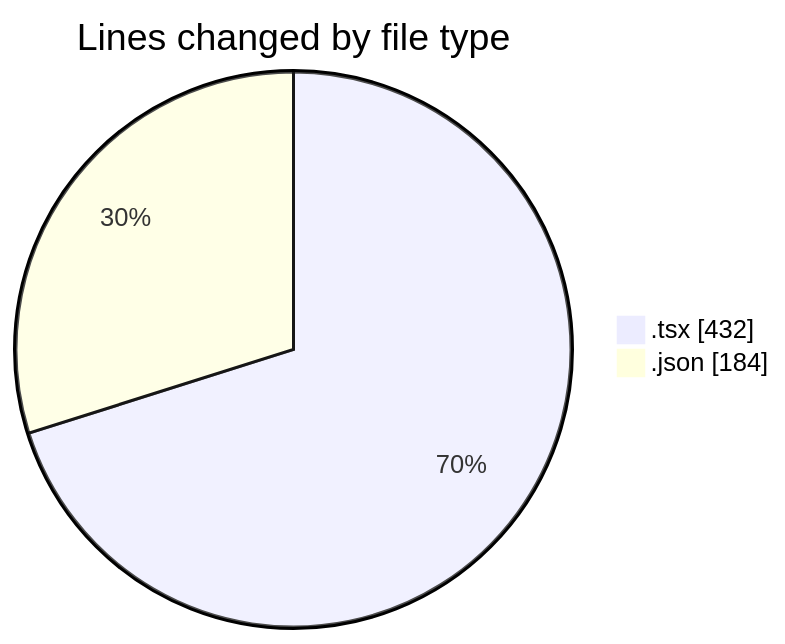
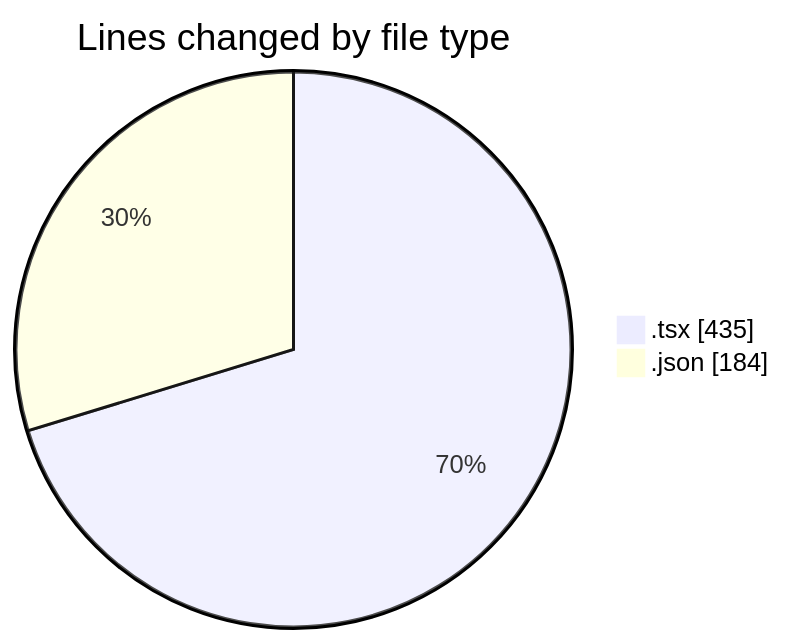
Before and after one commit to momahboobian/code-tracking: the first of 2 diagrams in 2026-01-12/cda/README.md, drawn with Mermaid. The commit also changed other lines of this file and 1 other file, not shown here.

````diff
--- a/2026-01-12/cda/README.md
+++ b/2026-01-12/cda/README.md
@@ -21,6 +21,6 @@
 ```mermaid
 pie showData
 title Lines changed by file type
-".tsx" : 432
+".tsx" : 435
 ".json" : 184
 ```
````
